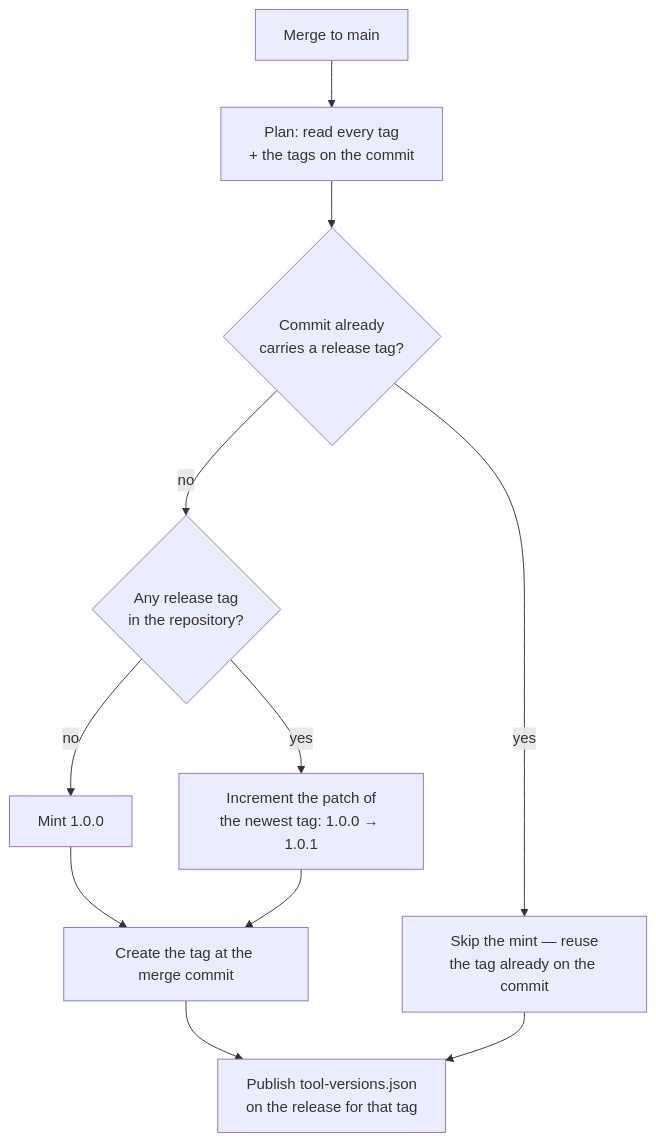
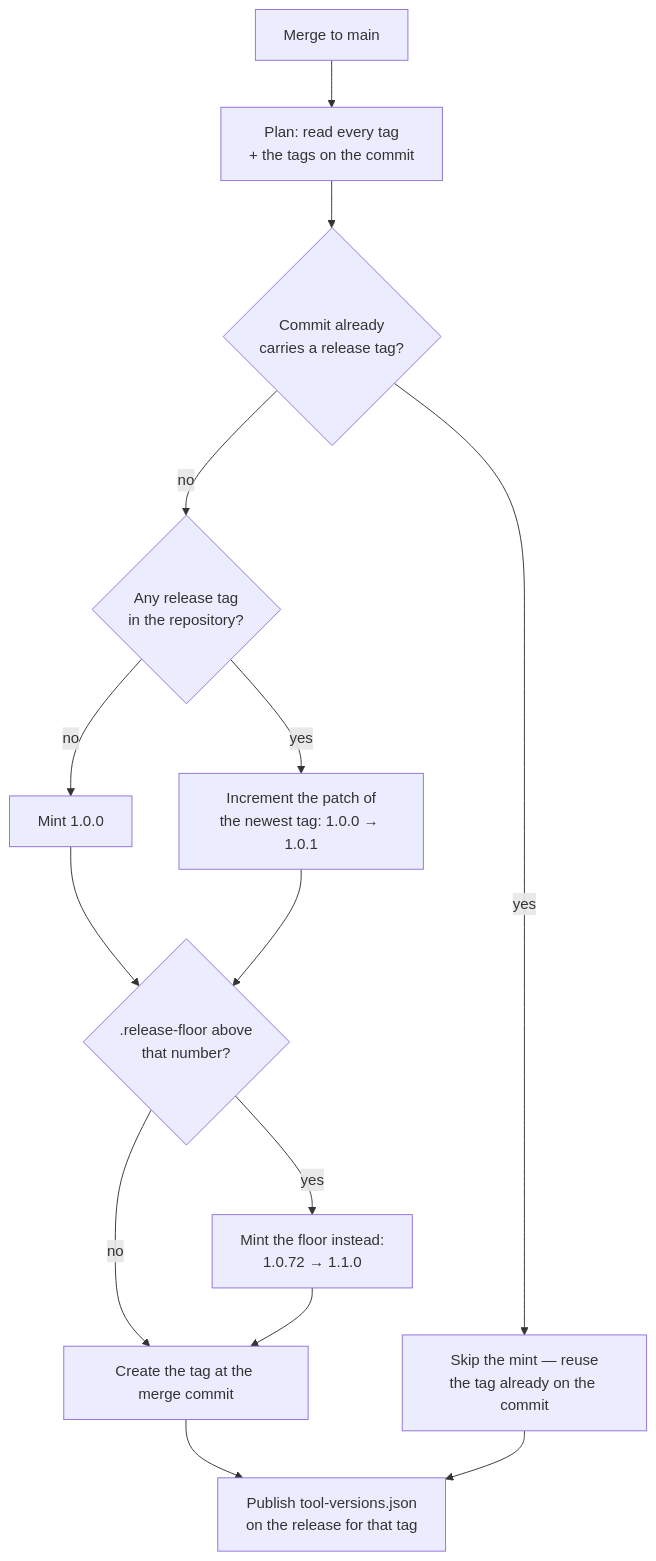
Before and after one commit to stSoftwareAU/VibeCoder: the first of 2 diagrams in docs/RELEASE-TAGGING.md, drawn with Mermaid. The commit also changed other lines of this file and 11 other files, not shown here.

````diff
--- a/docs/RELEASE-TAGGING.md
+++ b/docs/RELEASE-TAGGING.md
@@ -26,13 +29,16 @@
 ```mermaid
 flowchart TD
     M["Merge to main"] --> P["Plan: read every tag<br/>+ the tags on the commit"]
     P --> A{"Commit already<br/>carries a release tag?"}
     A -- yes --> S["Skip the mint — reuse<br/>the tag already on the commit"]
     A -- no --> N{"Any release tag<br/>in the repository?"}
     N -- no --> F["Mint 1.0.0"]
     N -- yes --> I["Increment the patch of<br/>the newest tag: 1.0.0 → 1.0.1"]
-    F --> T["Create the tag at the merge commit"]
-    I --> T
+    F --> B{".release-floor above<br/>that number?"}
+    I --> B
+    B -- no --> T["Create the tag at the merge commit"]
+    B -- yes --> R["Mint the floor instead:<br/>1.0.72 → 1.1.0"]
+    R --> T
     T --> V["Publish tool-versions.json<br/>on the release for that tag"]
     S --> V
 ```
````
